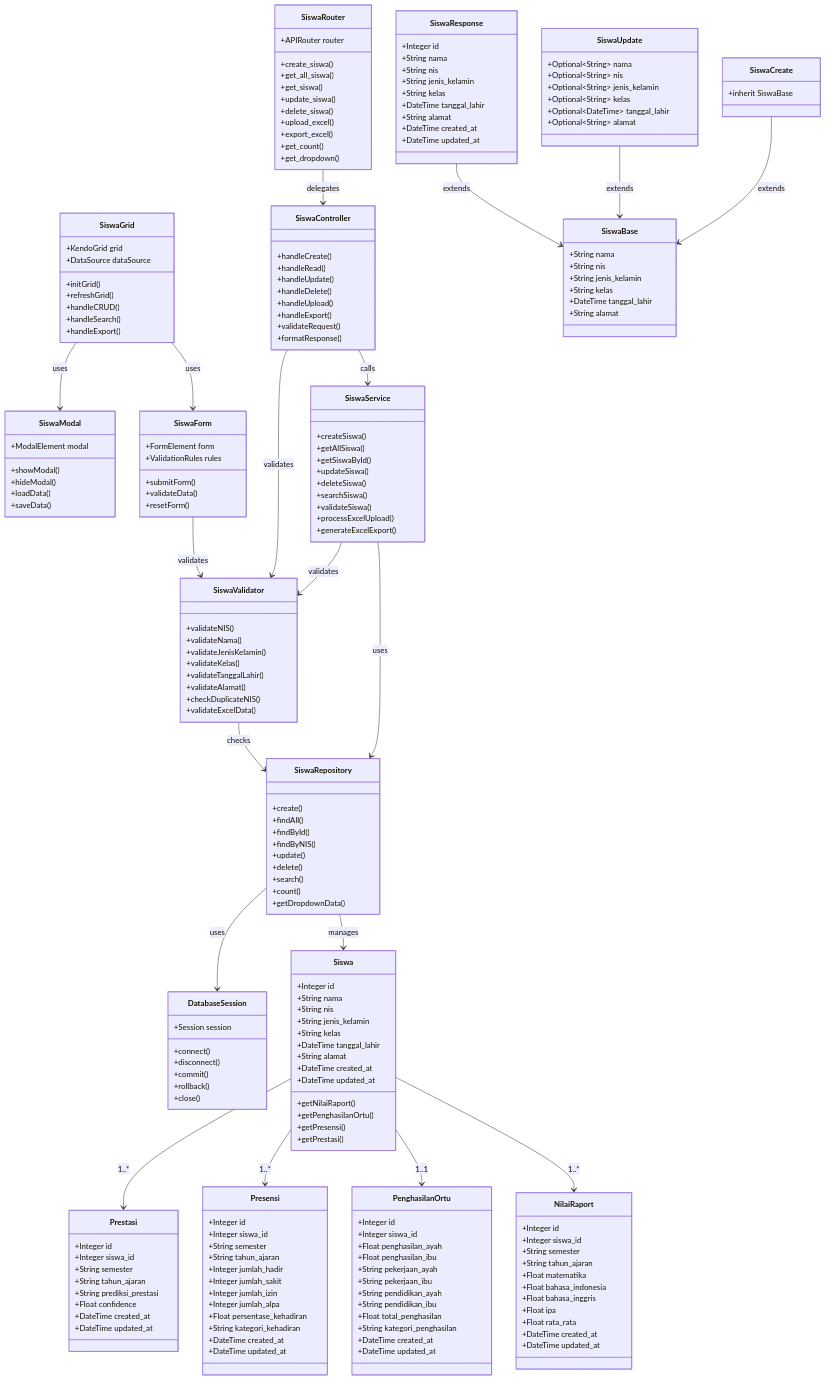
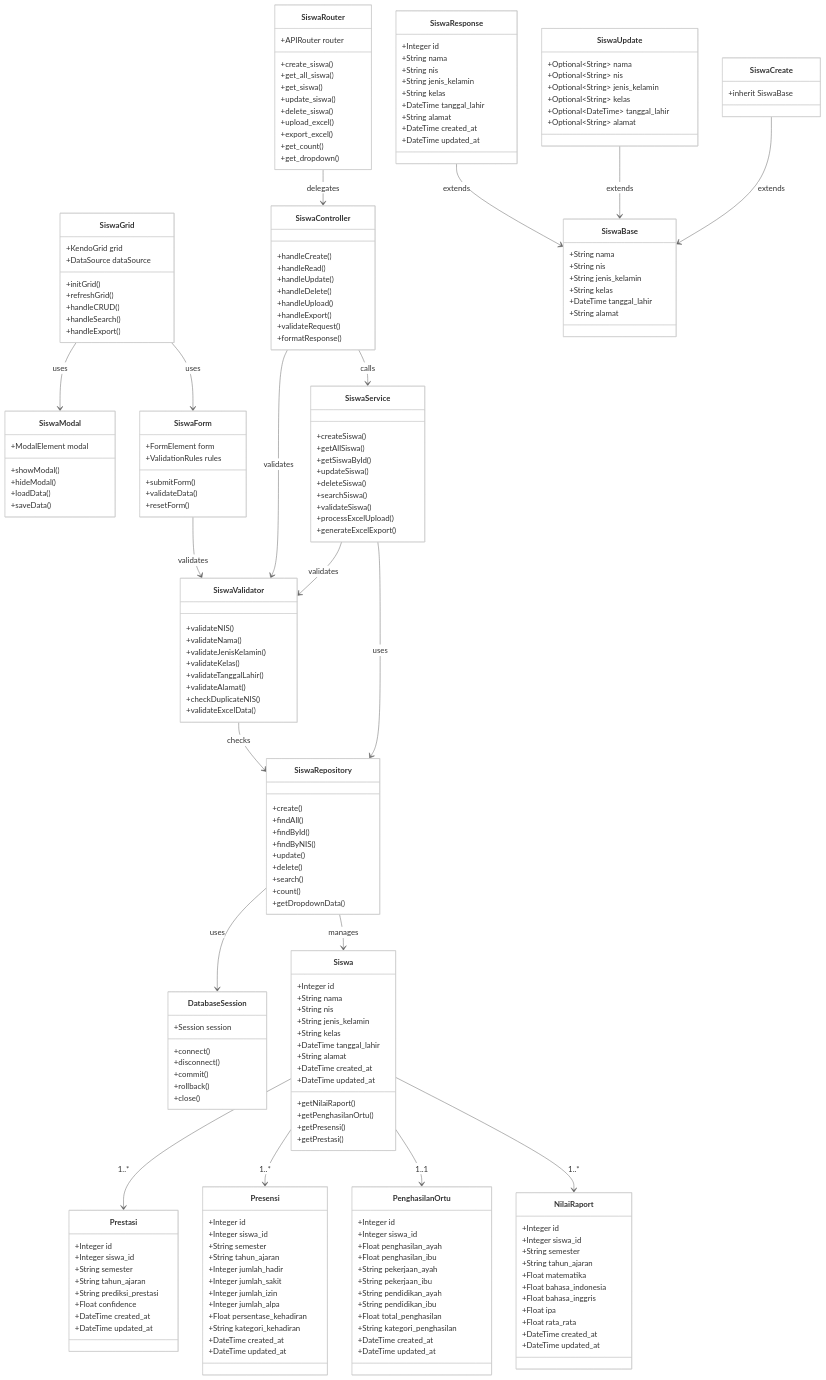
The diagram in docs/class_diagram_manajemen_siswa.mmd (mrcoco/prediksi), drawn with Mermaid before and after one commit. The commit also changed 2 other files, not shown here.

Commit message:
add class_diagram_manajemen siswa

```diff
--- a/docs/class_diagram_manajemen_siswa.mmd
+++ b/docs/class_diagram_manajemen_siswa.mmd
@@ -1,3 +1,4 @@
+%%{init: {'theme': 'base', 'themeVariables': { 'primaryColor': '#FFFFFF', 'primaryTextColor': '#333333', 'primaryBorderColor': '#CCCCCC', 'lineColor': '#666666', 'secondaryColor': '#A23B72', 'tertiaryColor': '#F18F01'}}}%%
 classDiagram
     %% ========== PRESENTATION LAYER ==========
     class SiswaGrid {
```
